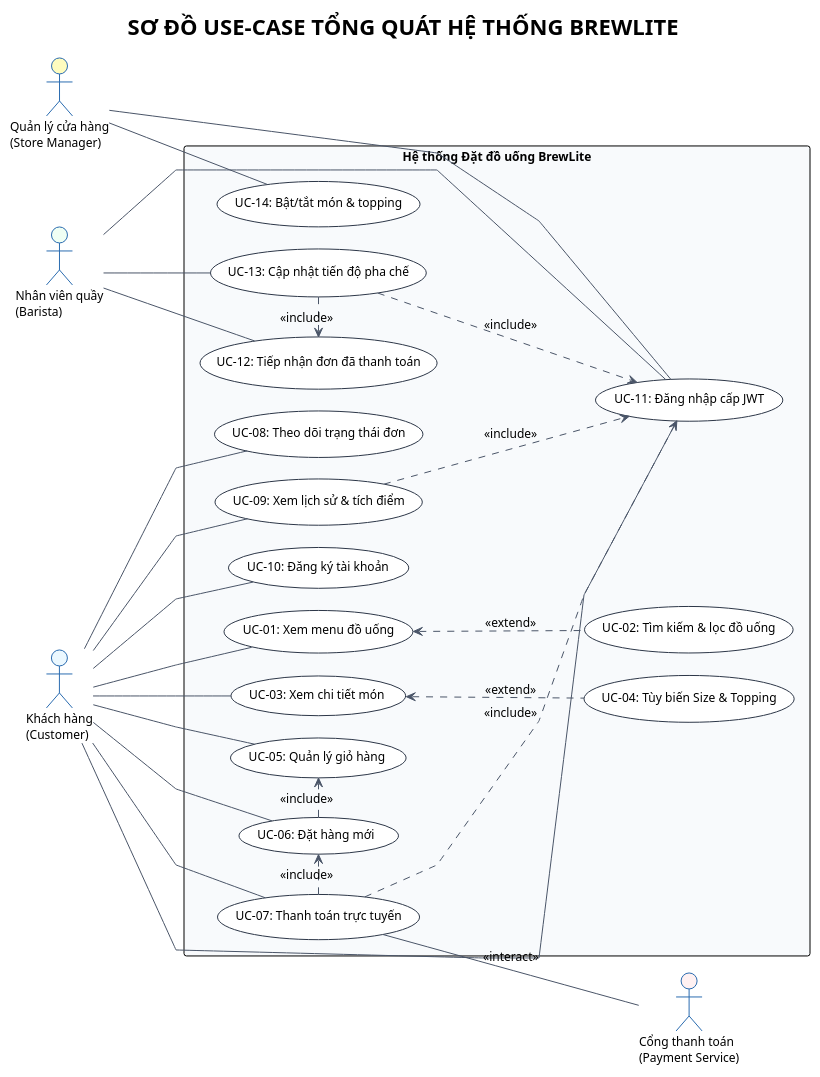
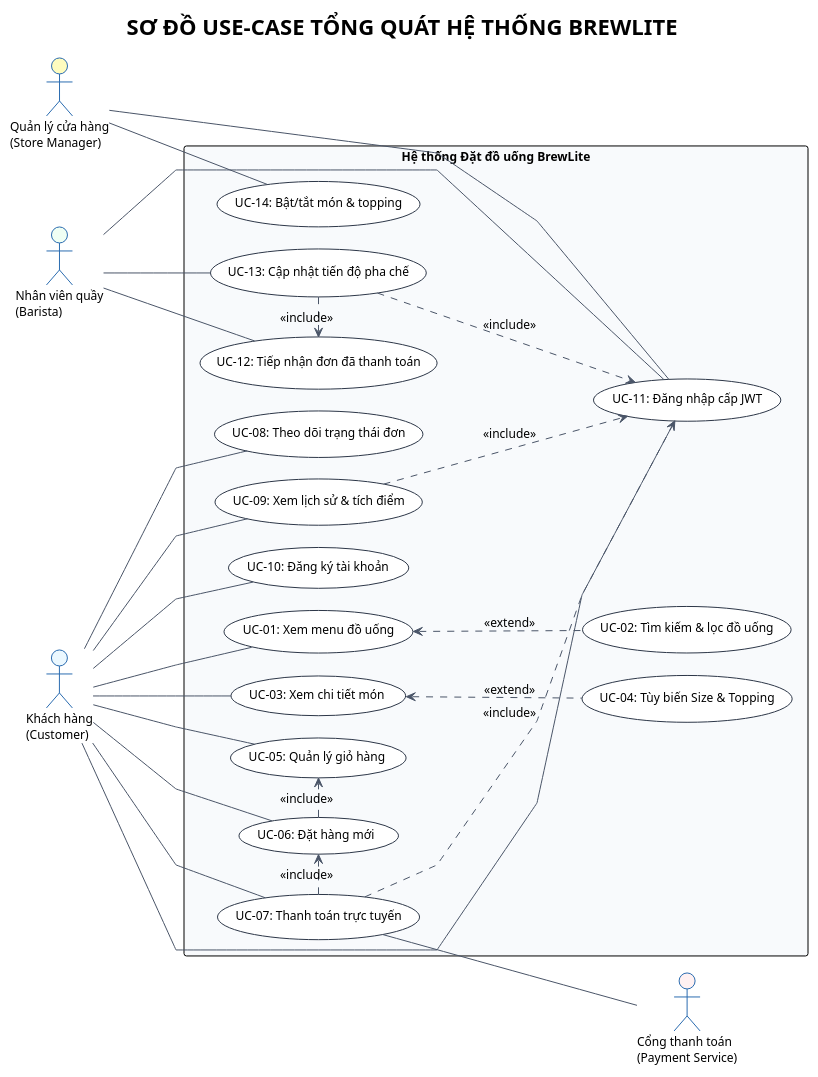
One commit to Phucdang-gif/Assignment2 changed the diagram in docs/diagrams/usecase-general.puml. Above: the diagram before and after it, drawn with PlantUML. The commit also changed 48 other files, not shown here.

```diff
--- a/docs/diagrams/usecase-general.puml
+++ b/docs/diagrams/usecase-general.puml
@@ -1,105 +1,105 @@
 @startuml usecase-brewlite
 !theme plain
 left to right direction
 
 skinparam linetype polyline
 skinparam actorStyle stickman
 skinparam shadowing false
 skinparam defaultFontName "Segoe UI", Arial, sans-serif
 skinparam defaultFontSize 12
 skinparam nodesep 22
 skinparam ranksep 90
 
 skinparam usecase {
     BackgroundColor #FFFFFF
     BorderColor #2D3748
     ArrowColor #4A5568
 }
 
 skinparam actor {
     BackgroundColor #EDF2F7
     BorderColor #2B6CB0
 }
 
 title SƠ ĐỒ USE-CASE TỔNG QUÁT HỆ THỐNG BREWLITE
 
 ' ==================== ACTORS (NGƯỜI QUE) ====================
 actor "Khách hàng\n(Customer)" as Customer #EBF8FF
 actor "Nhân viên quầy\n(Barista)" as Barista #F0FFF4
 actor "Quản lý cửa hàng\n(Store Manager)" as Manager #FEFCBF
 actor "Cổng thanh toán\n(Payment Service)" as PaymentService #FFF1F2
 
 ' ==================== KHUNG HỆ THỐNG ====================
 rectangle "Hệ thống Đặt đồ uống BrewLite" as BrewLiteSystem #F8FAFC {
 
   ' CỘT 1: Use-case chính (Xếp thứ tự từ trên xuống dưới theo từng Actor)
   usecase "UC-10: Đăng ký tài khoản" as UC_Register
   usecase "UC-01: Xem menu đồ uống" as UC_Menu
   usecase "UC-03: Xem chi tiết món" as UC_Detail
   usecase "UC-05: Quản lý giỏ hàng" as UC_Cart
   usecase "UC-06: Đặt hàng mới" as UC_Order
   usecase "UC-07: Thanh toán trực tuyến" as UC_Payment
   usecase "UC-08: Theo dõi trạng thái đơn" as UC_Tracking
   usecase "UC-09: Xem lịch sử & tích điểm" as UC_History
 
   usecase "UC-12: Tiếp nhận đơn đã thanh toán" as UC_ReceiveOrder
   usecase "UC-13: Cập nhật tiến độ pha chế" as UC_UpdateStatus
 
   usecase "UC-14: Bật/tắt món & topping" as UC_ManageItems
 
   ' CỘT 2: Use-case mở rộng & xác thực (Nằm ngay cạnh Use-case gốc ở bên phải)
   usecase "UC-02: Tìm kiếm & lọc đồ uống" as UC_Search
   usecase "UC-04: Tùy biến Size & Topping" as UC_Customize
   usecase "UC-11: Đăng nhập cấp JWT" as UC_Login
 
   ' Ép thứ tự cột 1 từ trên xuống để không bị nhảy lộn xộn
   UC_Register -[hidden]right- UC_Menu
   UC_Menu -[hidden]right- UC_Detail
   UC_Detail -[hidden]right- UC_Cart
   UC_Cart -[hidden]right- UC_Order
   UC_Order -[hidden]right- UC_Payment
   UC_Payment -[hidden]right- UC_Tracking
   UC_Tracking -[hidden]right- UC_History
   UC_History -[hidden]right- UC_ReceiveOrder
   UC_ReceiveOrder -[hidden]right- UC_UpdateStatus
   UC_UpdateStatus -[hidden]right- UC_ManageItems
   ' ==================== QUAN HỆ INCLUDE / EXTEND (ĐI NGANG SANG CỘT 2) ====================
   UC_Menu <.. UC_Search : <<extend>>
   UC_Detail <.. UC_Customize : <<extend>>
 
   ' Quan hệ dọc cùng cột 1 (ngắn gọn, liền kề)
   UC_Order .> UC_Cart : <<include>>
   UC_Payment .> UC_Order : <<include>>
   UC_UpdateStatus .> UC_ReceiveOrder : <<include>>
 
   ' Quan hệ đi ngang sang UC-11 ở cột 2
   UC_Payment ..> UC_Login : <<include>>
   UC_History ..> UC_Login : <<include>>
   UC_UpdateStatus ..> UC_Login : <<include>>
 }
 
 ' ==================== ĐƯỜNG NỐI THẲNG KHÔNG MŨI TÊN (ACTOR -- USECASE) ====================
 ' Khách hàng
 Customer -- UC_Register
 Customer -- UC_Menu
 Customer -- UC_Detail
 Customer -- UC_Cart
 Customer -- UC_Order
 Customer -- UC_Payment
 Customer -- UC_Tracking
 Customer -- UC_History
 Customer -- UC_Login
 
 ' Nhân viên quầy
 Barista -- UC_ReceiveOrder
 Barista -- UC_UpdateStatus
 Barista -- UC_Login
 
 ' Quản lý cửa hàng
 Manager -- UC_ManageItems
 Manager -- UC_Login
 
 ' Cổng thanh toán (Đặt bên phải hệ thống)
-UC_Payment -- PaymentService : <<interact>>
+UC_Payment -- PaymentService
 
 @enduml
```
